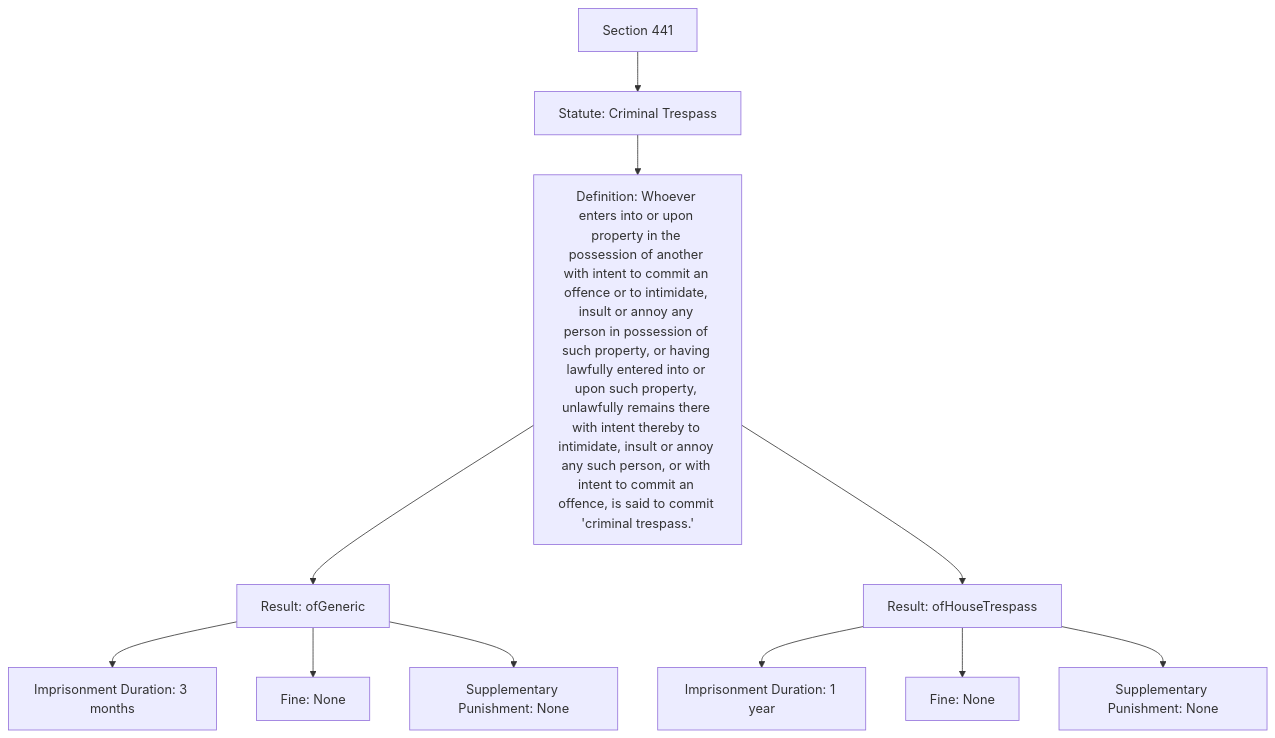
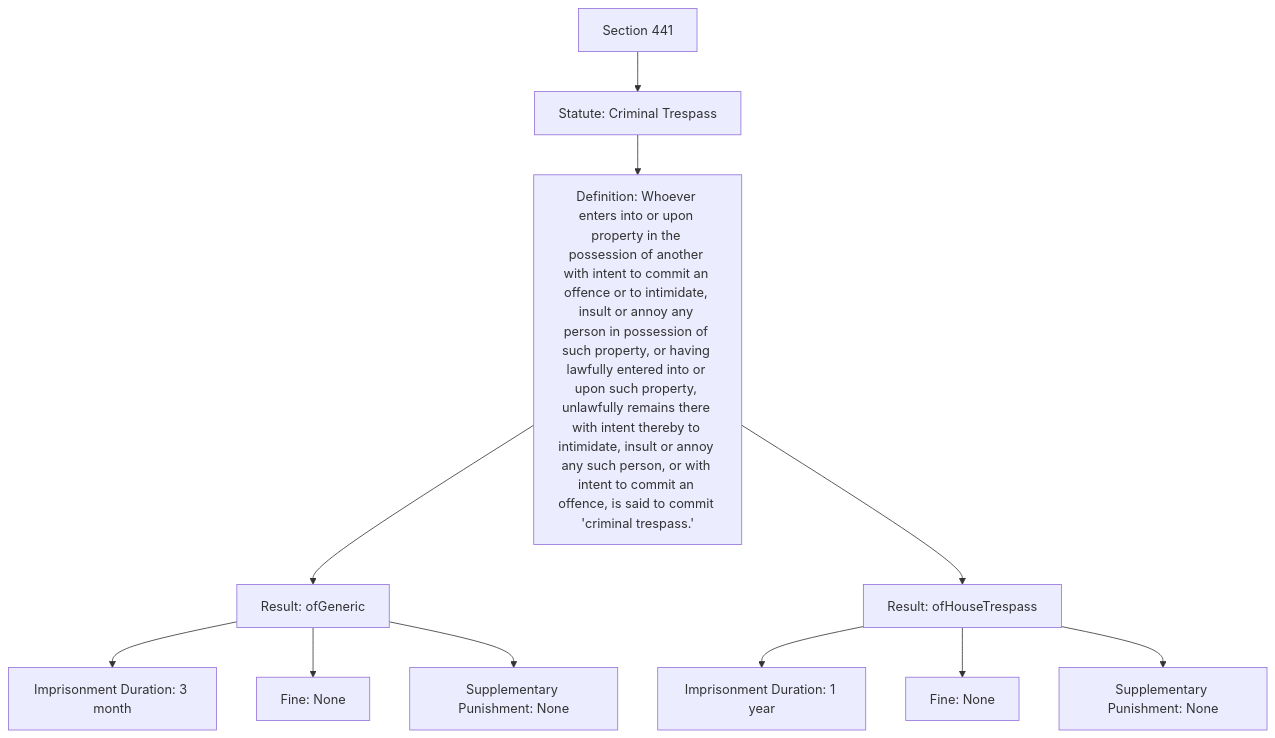
One commit to gongahkia/yuho changed the diagram in web/dep/mmd/trespass.mmd. Above: the diagram before and after it, drawn with Mermaid. The commit also changed 5 other files, not shown here.

```diff
--- a/web/dep/mmd/trespass.mmd
+++ b/web/dep/mmd/trespass.mmd
@@ -1,13 +1,13 @@
 graph TD
 
     A[Section 441] --> B[Statute: Criminal Trespass] --> C[Definition: Whoever enters into or upon property in the possession of another with intent to commit an offence or to intimidate, insult or annoy any person in possession of such property, or having lawfully entered into or upon such property, unlawfully remains there with intent thereby to intimidate, insult or annoy any such person, or with intent to commit an offence, is said to commit 'criminal trespass.']
 
     C --> D[Result: ofGeneric]
-    D --> D1[Imprisonment Duration: 3 months]
+    D --> D1[Imprisonment Duration: 3 month]
     D --> D2[Fine: None]
     D --> D3[Supplementary Punishment: None]
 
     C --> E[Result: ofHouseTrespass]
     E --> E1[Imprisonment Duration: 1 year]
     E --> E2[Fine: None]
     E --> E3[Supplementary Punishment: None]
```
